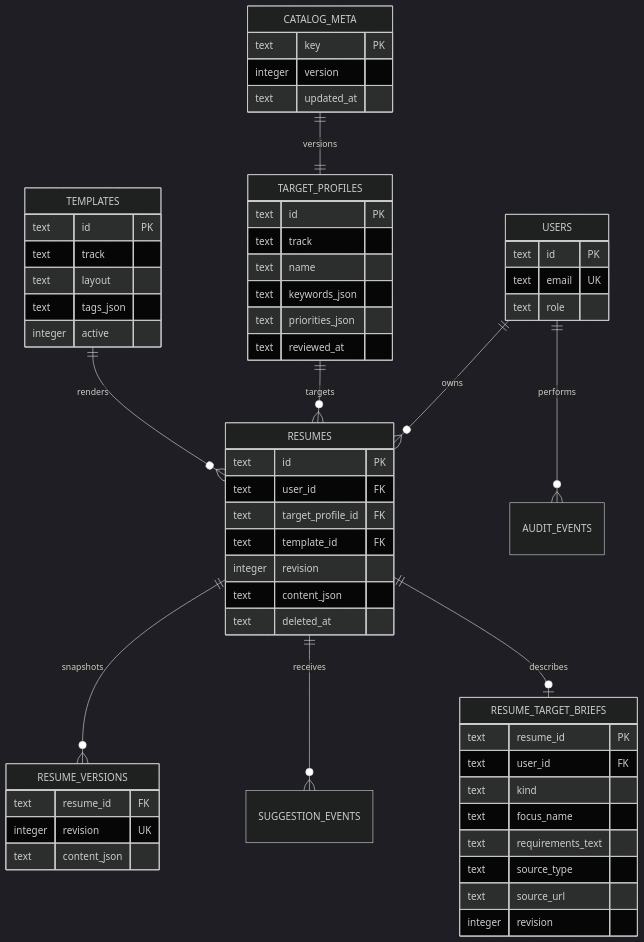
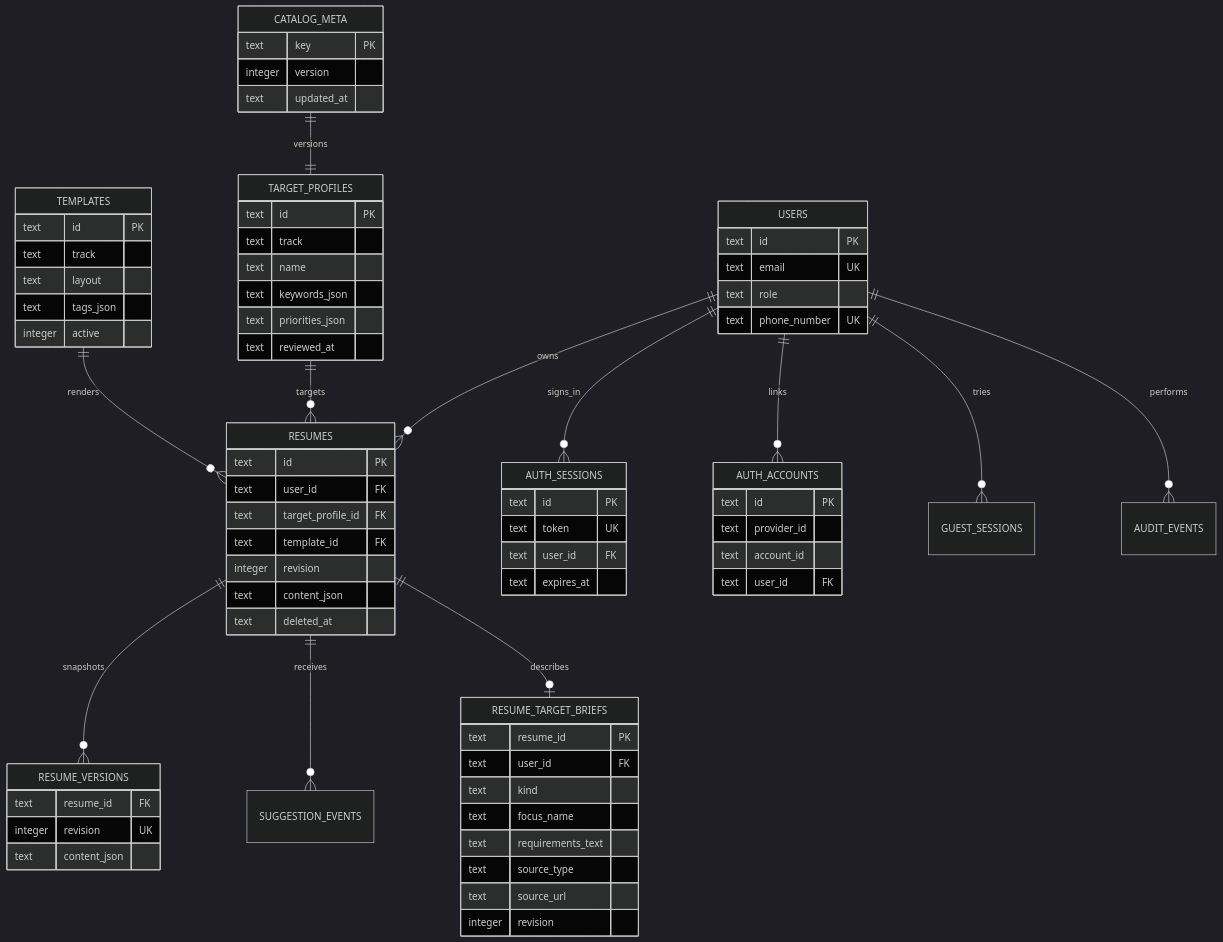
Before and after one commit to xhongduo-tech/easycv: the second of 2 diagrams in docs/architecture.md, drawn with Mermaid (dark theme). The commit also changed other lines of this file and 46 other files, not shown here.

````diff
--- a/docs/architecture.md
+++ b/docs/architecture.md
@@ -39,61 +42,77 @@
 ```mermaid
 erDiagram
   USERS ||--o{ RESUMES : owns
+  USERS ||--o{ AUTH_SESSIONS : signs_in
+  USERS ||--o{ AUTH_ACCOUNTS : links
+  USERS ||--o{ GUEST_SESSIONS : tries
   TARGET_PROFILES ||--o{ RESUMES : targets
   TEMPLATES ||--o{ RESUMES : renders
   RESUMES ||--o{ RESUME_VERSIONS : snapshots
   RESUMES ||--o{ SUGGESTION_EVENTS : receives
   RESUMES ||--o| RESUME_TARGET_BRIEFS : describes
   USERS ||--o{ AUDIT_EVENTS : performs
   CATALOG_META ||--|| TARGET_PROFILES : versions
 
   USERS {
     text id PK
     text email UK
     text role
+    text phone_number UK
+  }
+  AUTH_SESSIONS {
+    text id PK
+    text token UK
+    text user_id FK
+    text expires_at
+  }
+  AUTH_ACCOUNTS {
+    text id PK
+    text provider_id
+    text account_id
+    text user_id FK
   }
   TARGET_PROFILES {
     text id PK
     text track
     text name
     text keywords_json
     text priorities_json
     text reviewed_at
   }
   TEMPLATES {
     text id PK
     text track
     text layout
     text tags_json
     integer active
   }
   RESUMES {
     text id PK
     text user_id FK
     text target_profile_id FK
     text template_id FK
     integer revision
     text content_json
     text deleted_at
   }
   RESUME_VERSIONS {
     text resume_id FK
     integer revision UK
     text content_json
   }
   RESUME_TARGET_BRIEFS {
     text resume_id PK
     text user_id FK
     text kind
     text focus_name
     text requirements_text
     text source_type
     text source_url
     integer revision
   }
   CATALOG_META {
     text key PK
     integer version
     text updated_at
   }
 ```
````
